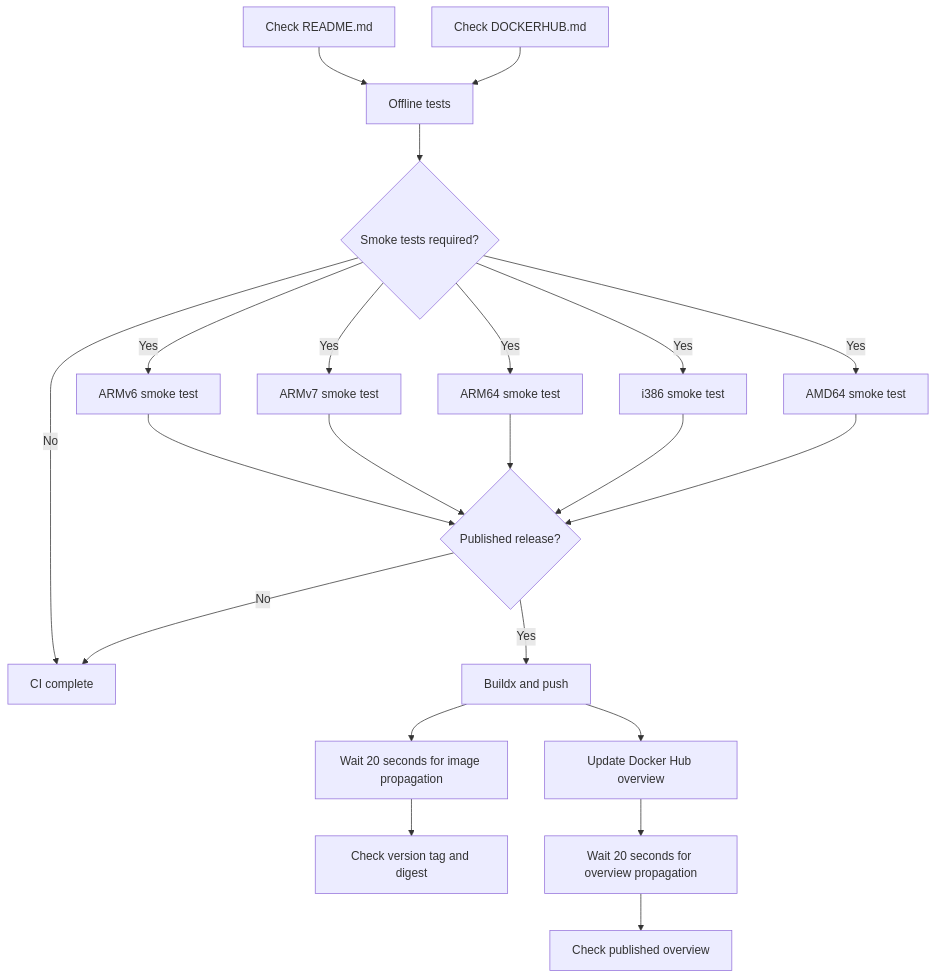
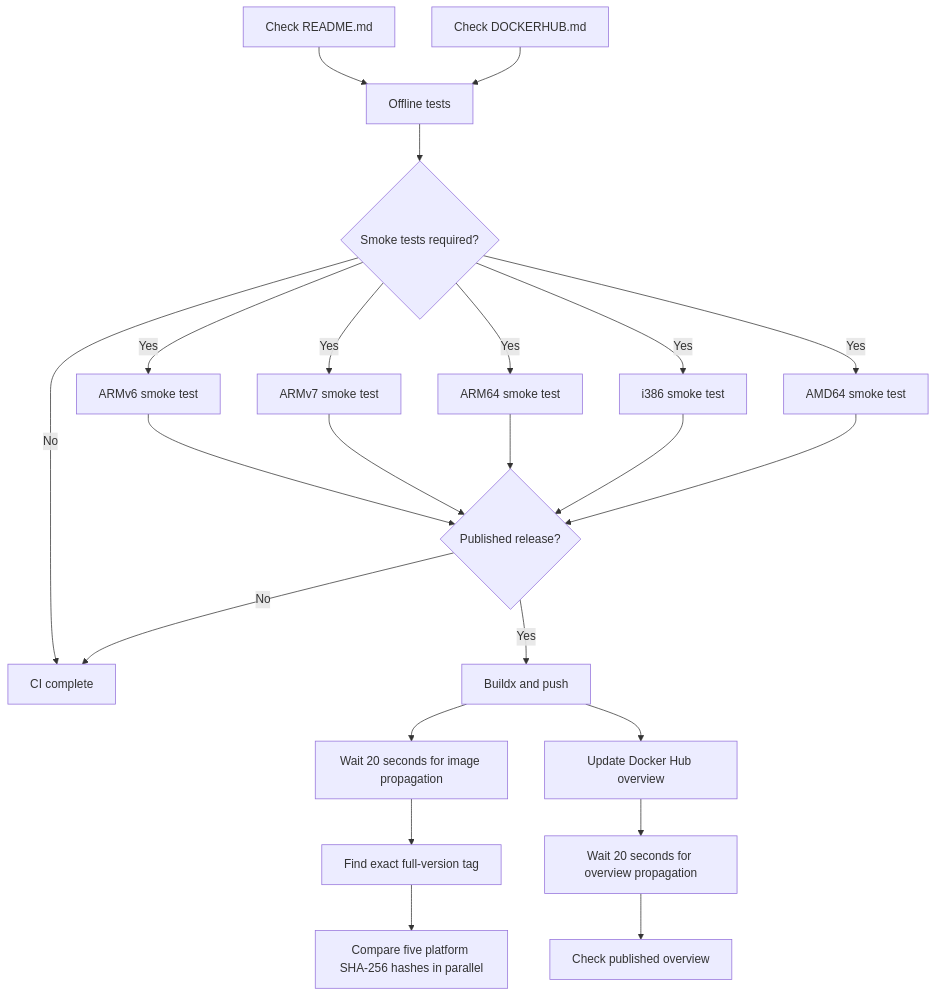
Before and after one commit to ljgonzalez1/lego-cloudflare-ssl-certgen: the diagram in docs/release-pipeline.md, drawn with Mermaid. The commit also changed other lines of this file and 18 other files, not shown here.

````diff
--- a/docs/release-pipeline.md
+++ b/docs/release-pipeline.md
@@ -22,24 +22,25 @@
 ```mermaid
 flowchart TD
     Readme["Check README.md"] --> Offline["Offline tests"]
     Hub["Check DOCKERHUB.md"] --> Offline
     Offline --> SmokeGate{"Smoke tests required?"}
     SmokeGate -->|No| Done["CI complete"]
     SmokeGate -->|Yes| V6["ARMv6 smoke test"]
     SmokeGate -->|Yes| V7["ARMv7 smoke test"]
     SmokeGate -->|Yes| ARM64["ARM64 smoke test"]
     SmokeGate -->|Yes| I386["i386 smoke test"]
     SmokeGate -->|Yes| AMD64["AMD64 smoke test"]
     V6 --> Release{"Published release?"}
     V7 --> Release
     ARM64 --> Release
     I386 --> Release
     AMD64 --> Release
     Release -->|No| Done
     Release -->|Yes| Publish["Buildx and push"]
     Publish --> WaitImage["Wait 20 seconds for image propagation"]
-    WaitImage --> Tag["Check version tag and digest"]
+    WaitImage --> Tag["Find exact full-version tag"]
+    Tag --> Hashes["Compare five platform SHA-256 hashes in parallel"]
     Publish --> Update["Update Docker Hub overview"]
     Update --> WaitDescription["Wait 20 seconds for overview propagation"]
     WaitDescription --> Verify["Check published overview"]
 ```
````
